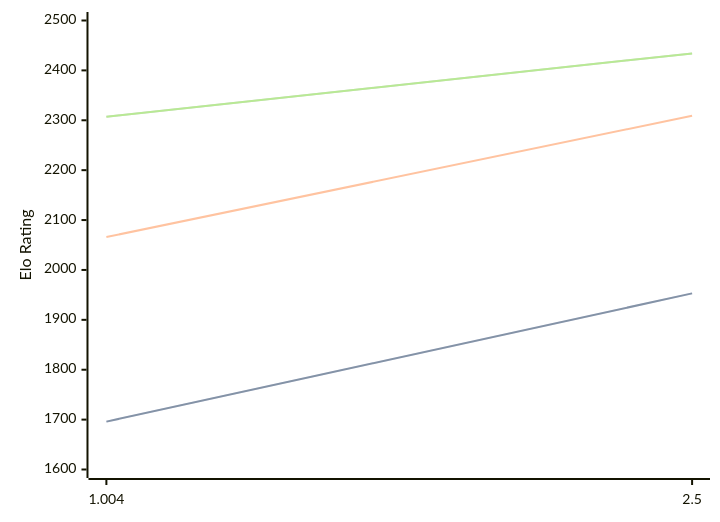
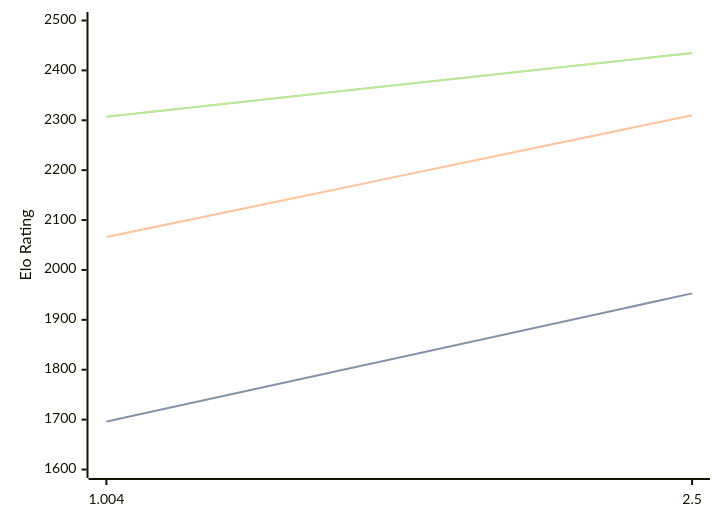
Before and after one commit to computer-chess-index/cci: the diagram in engines/Ares.md, drawn with Mermaid. The commit also changed other lines of this file, not shown here.

Commit message:
Update CCI Ratings (ELO VLTC) - 2026-07-28

````diff
--- a/engines/Ares.md
+++ b/engines/Ares.md
@@ -32,11 +32,11 @@
 ```mermaid
 %%{init: {"theme":"base","themeVariables":{"seriesColors:['#a3a3a3','#222221','#faa371']}}}%%
 xychart-beta
   x-axis ["1.004", "2.5"]
   y-axis "Elo Rating" 1600 --> 2500
   line "STC (8.0+0.08s)" [1696, 1953]
   line "STC (8.0+0.08s)" [1696, 1953]
-  line "LTC (60.0+0.60s)" [2066, 2309]
-  line "VLTC (2m24s+1.12s)" [2307, 2434]
-  line "VLTC (2m24s+1.12s)" [2307, 2434]
+  line "LTC (60.0+0.60s)" [2066, 2310]
+  line "VLTC (2m24s+1.12s)" [2307, 2435]
+  line "VLTC (2m24s+1.12s)" [2307, 2435]
 ```
````
